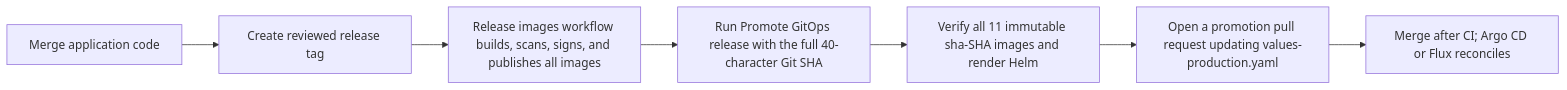
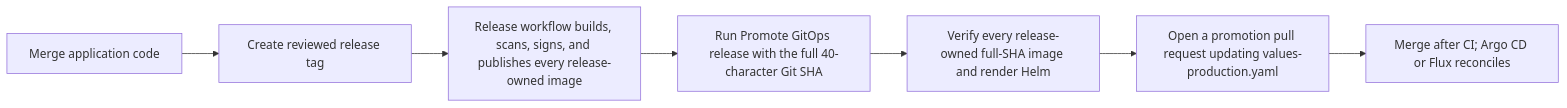
The diagram in GITOPS.md (nmime/nest-react-boilerplate), drawn with Mermaid before and after one commit. The commit also changed other lines of this file and 160 other files, not shown here.

````diff
--- a/GITOPS.md
+++ b/GITOPS.md
@@ -32,9 +32,9 @@
 ```mermaid
 flowchart LR
   merge[Merge application code] --> tag[Create reviewed release tag]
-  tag --> images[Release images workflow builds, scans, signs, and publishes all images]
+  tag --> images[Release workflow builds, scans, signs, and publishes every release-owned image]
   images --> promote[Run Promote GitOps release with the full 40-character Git SHA]
-  promote --> verify[Verify all 11 immutable sha-SHA images and render Helm]
+  promote --> verify[Verify every release-owned full-SHA image and render Helm]
   verify --> pr[Open a promotion pull request updating values-production.yaml]
   pr --> reconcile[Merge after CI; Argo CD or Flux reconciles]
 ```
````
